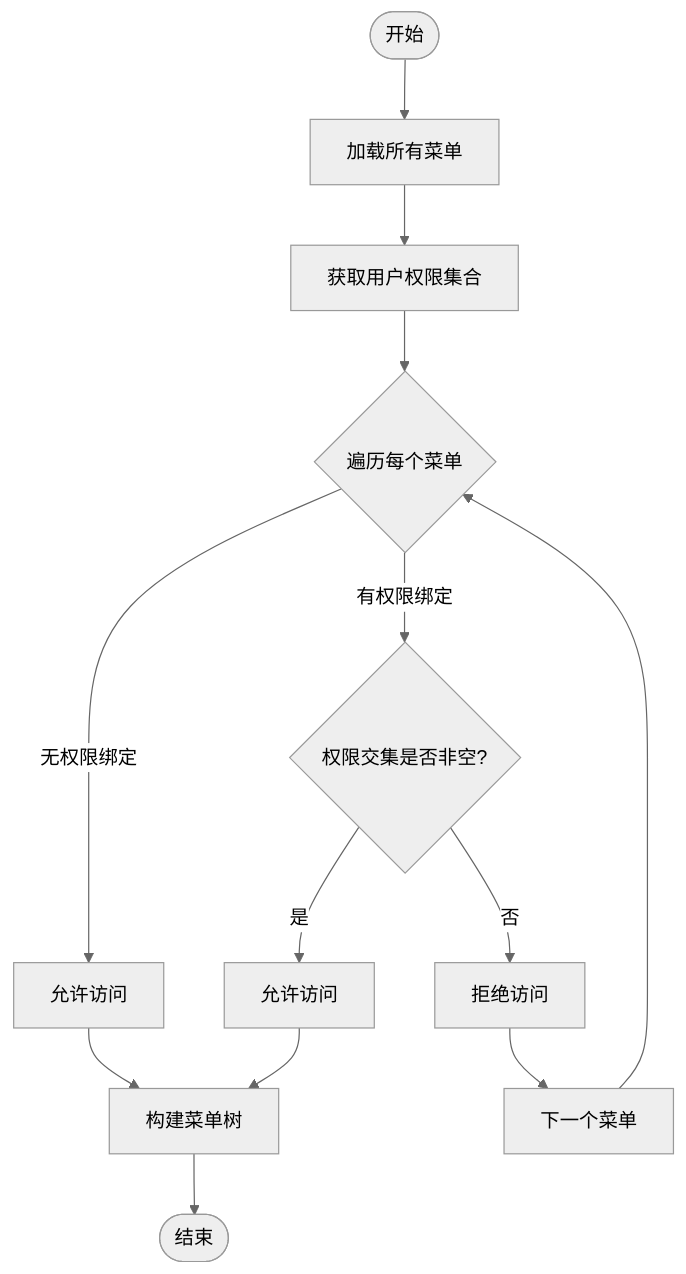
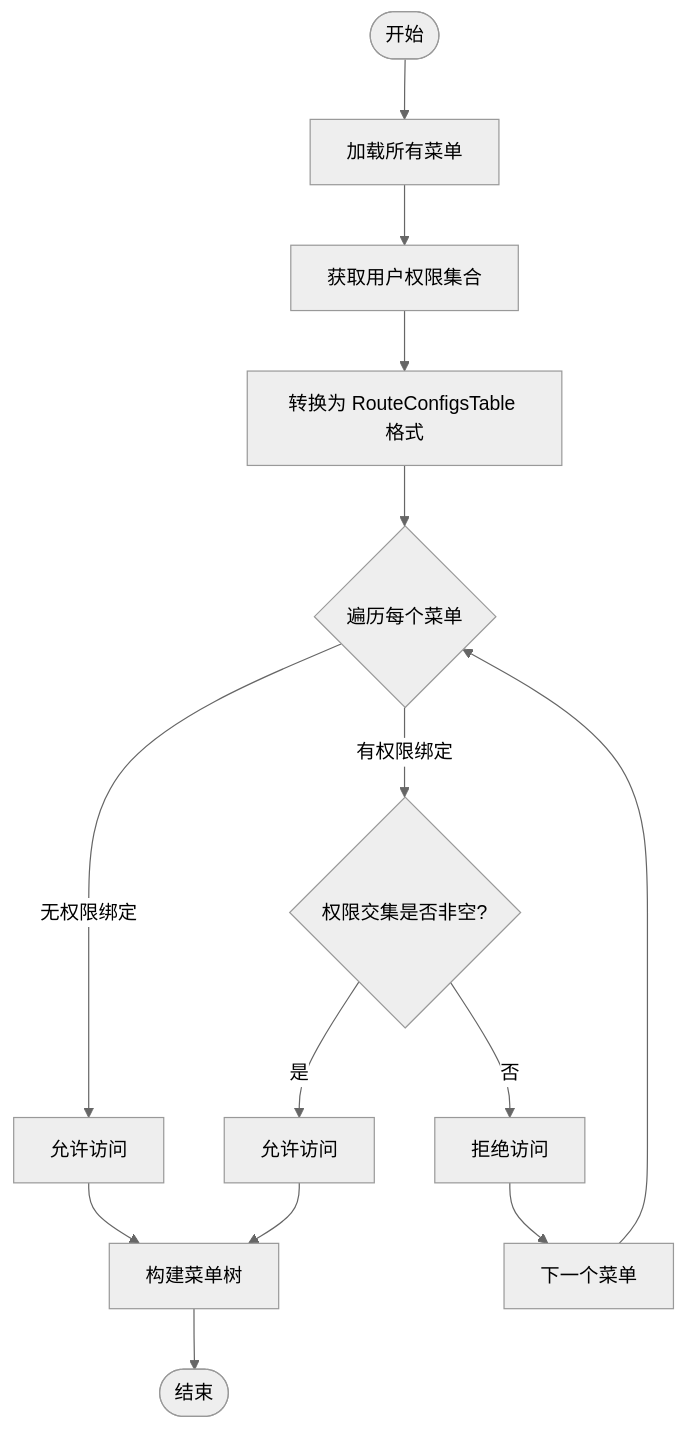
One commit to taoweidong/Hello-FastApi changed the fourth of 10 diagrams in .qoder/repowiki/zh/content/项目概述/核心特性/动态菜单生成.md. Above: the diagram before and after it, drawn with Mermaid (neutral theme). The commit also changed other lines of this file and 11 other files, not shown here.

````diff
--- a/.qoder/repowiki/zh/content/项目概述/核心特性/动态菜单生成.md
+++ b/.qoder/repowiki/zh/content/项目概述/核心特性/动态菜单生成.md
@@ -200,15 +236,16 @@
 ```mermaid
 flowchart TD
 Start(["开始"]) --> LoadAll["加载所有菜单"]
 LoadAll --> GetUserPerms["获取用户权限集合"]
-GetUserPerms --> FilterLoop{"遍历每个菜单"}
+GetUserPerms --> ConvertFormat["转换为 RouteConfigsTable 格式"]
+ConvertFormat --> FilterLoop{"遍历每个菜单"}
 FilterLoop --> |无权限绑定| Allow1["允许访问"]
 FilterLoop --> |有权限绑定| CheckPerm{"权限交集是否非空?"}
 CheckPerm --> |是| Allow2["允许访问"]
 CheckPerm --> |否| Deny["拒绝访问"]
 Allow1 --> BuildTree["构建菜单树"]
 Allow2 --> BuildTree
 Deny --> Next["下一个菜单"]
 Next --> FilterLoop
 BuildTree --> End(["结束"])
 ```
````
